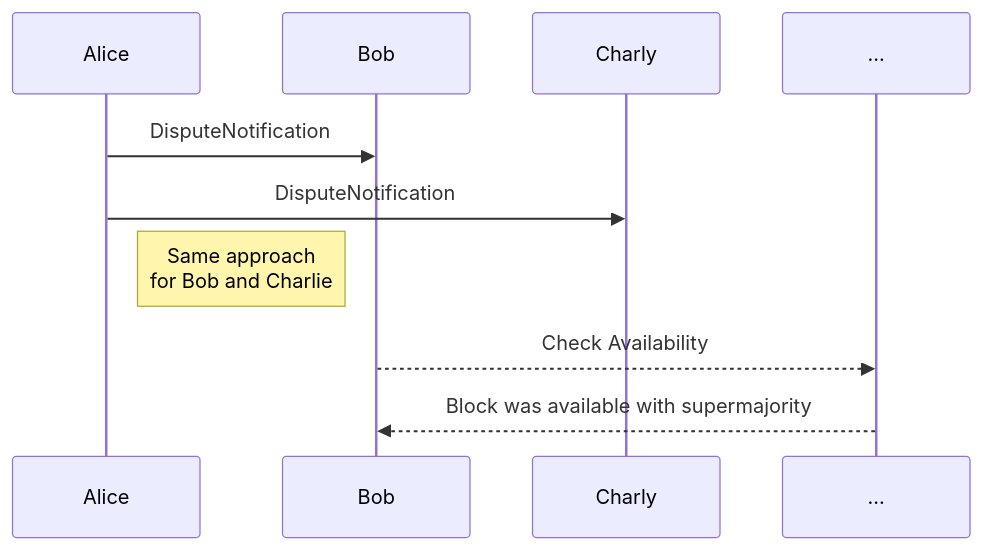
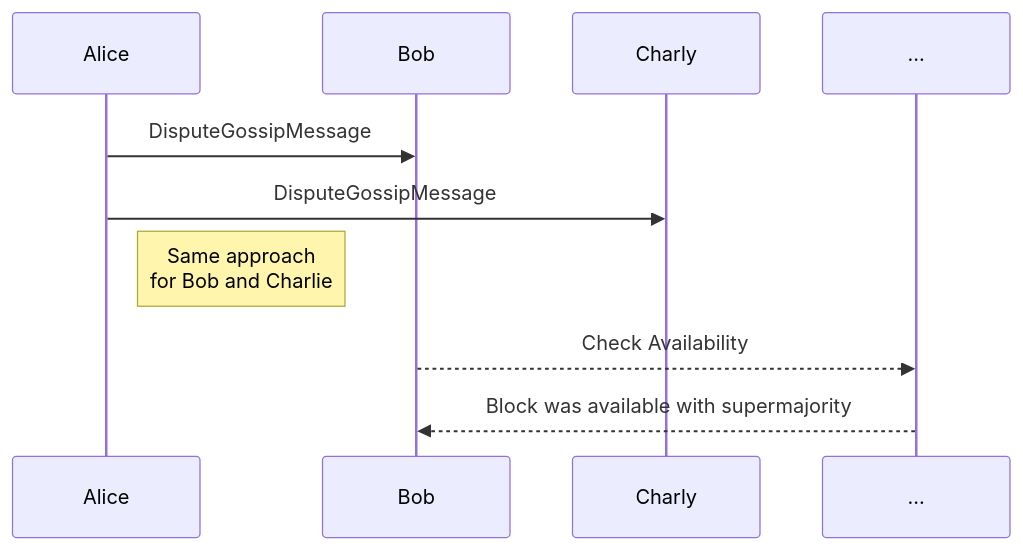
Before and after one commit to paritytech/polkadot: the third of 7 diagrams in roadmap/implementers-guide/src/runtime/disputes.md, drawn with Mermaid. The commit also changed other lines of this file, not shown here.

Commit message:
define DisputeGossipMessage

````diff
--- a/roadmap/implementers-guide/src/runtime/disputes.md
+++ b/roadmap/implementers-guide/src/runtime/disputes.md
@@ -150,8 +148,8 @@
 ```mermaid
 sequenceDiagram
-    Alice ->> Bob: DisputeNotification
-    Alice ->> Charly: DisputeNotification
+    Alice ->> Bob: DisputeGossipMessage
+    Alice ->> Charly: DisputeGossipMessage
     Note right of Alice: Same approach<br>for Bob and Charlie
     Bob -->> ...: Check Availability
     ... -->> Bob: Block was available with supermajority
 ```
````
